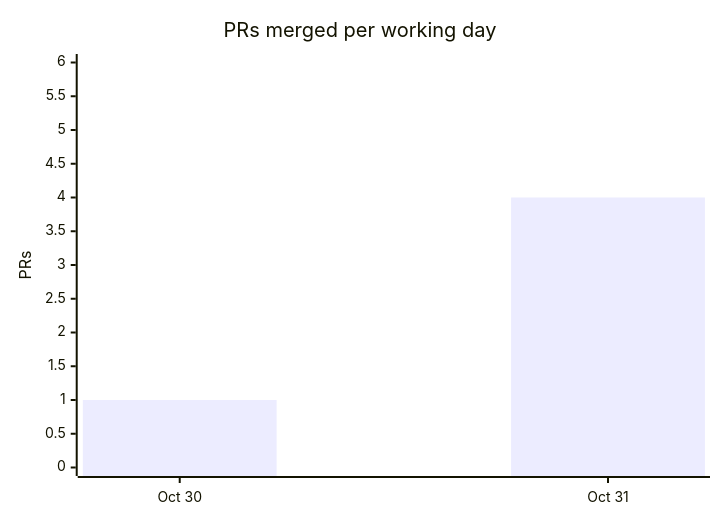
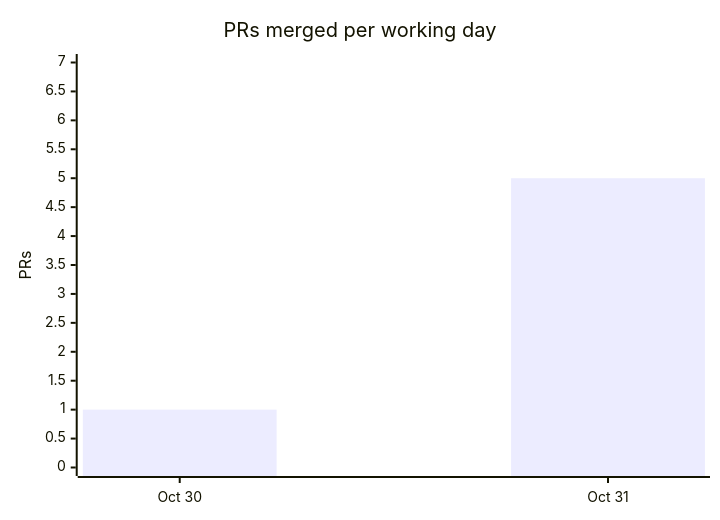
One commit to cmprssd/nfsh changed the fourth of 4 diagrams in docs/OVERVIEW.md. Above: the diagram before and after it, drawn with Mermaid. The commit also changed other lines of this file and 14 other files, not shown here.

````diff
--- a/docs/OVERVIEW.md
+++ b/docs/OVERVIEW.md
@@ -128,7 +128,7 @@
 ```mermaid
 xychart-beta
     title "PRs merged per working day"
     x-axis ["Oct 30", "Oct 31"]
-    y-axis "PRs" 0 --> 6
-    bar [1, 4]
+    y-axis "PRs" 0 --> 7
+    bar [1, 5]
 ```
````
